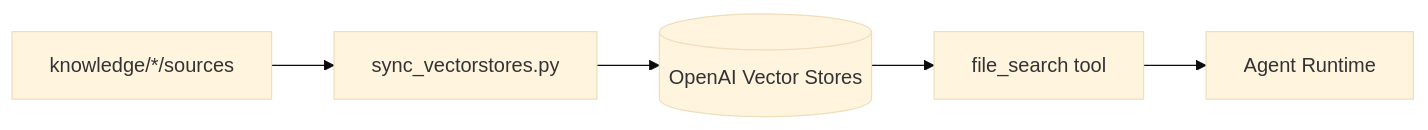
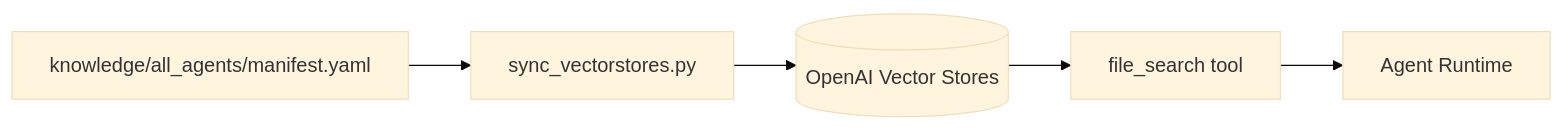
Before and after one commit to albauer-priv/RPS: the second of 3 diagrams in doc/system_architecture.md, drawn with Mermaid (base theme). The commit also changed other lines of this file and 78 other files, not shown here.

````diff
--- a/doc/system_architecture.md
+++ b/doc/system_architecture.md
@@ -152,7 +147,7 @@
 ```mermaid
 flowchart LR
-  SRC[knowledge/*/sources] --> SYNC[sync_vectorstores.py]
+  SRC[knowledge/all_agents/manifest.yaml] --> SYNC[sync_vectorstores.py]
   SYNC --> VS[(OpenAI Vector Stores)]
   VS --> FS[file_search tool]
   FS --> AG[Agent Runtime]
 ```
````
